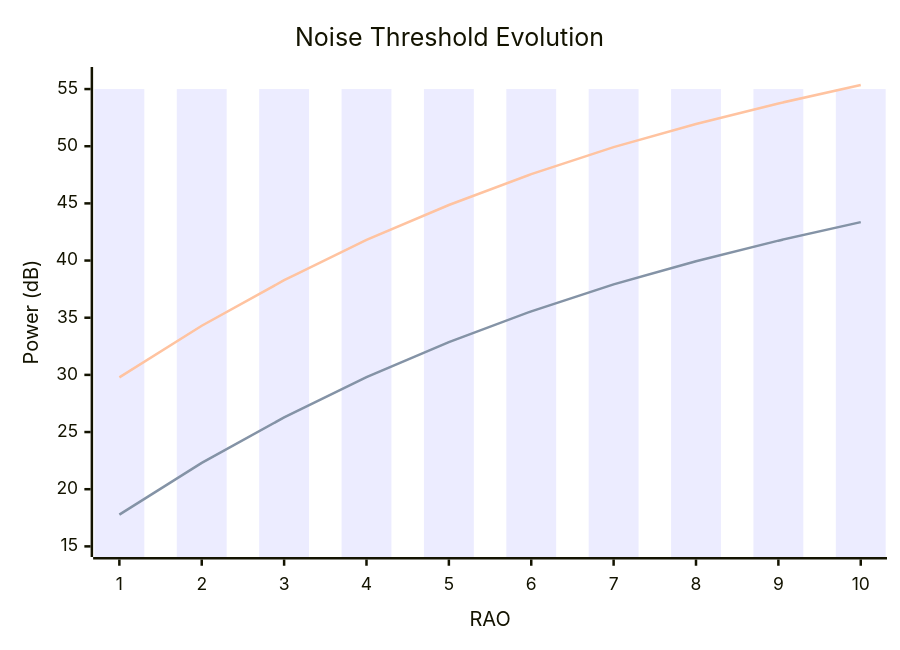
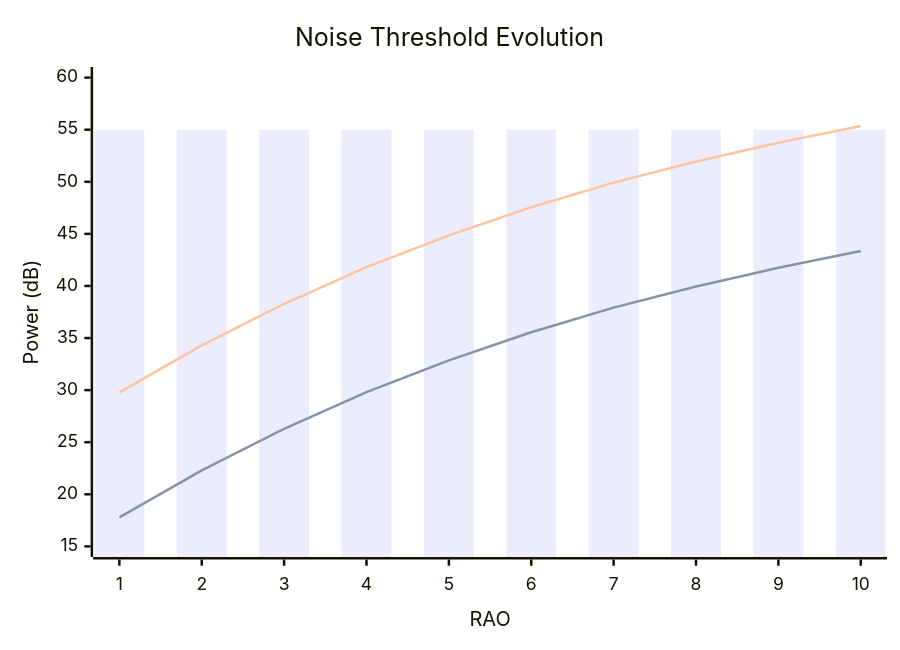
Before and after one commit to bmw-ece-ntust/wilfrid-prach-attack-analysis: the sixth of 8 diagrams in docs/20250310 Thesis (Basic Msg1 Model).md, drawn with Mermaid.

Commit message:
Update 20250310 Thesis (Basic Msg1 Model).md

````diff
--- a/docs/20250310 Thesis (Basic Msg1 Model).md
+++ b/docs/20250310 Thesis (Basic Msg1 Model).md
@@ -170,9 +170,9 @@
 ```mermaid
 xychart-beta
     title "Noise Threshold Evolution"
     x-axis RAO 1 --> 10
-    y-axis "Power (dB)" 15 --> 56
+    y-axis "Power (dB)" 15 --> 60
     bar [55, 55, 55, 55, 55, 55, 55, 55, 55, 55]
     line [17.78, 22.3, 26.28, 29.8, 32.86, 35.56, 37.92, 39.94, 41.74, 43.36]
     line [29.78, 34.3, 38.28, 41.8, 44.86, 47.56, 49.92, 51.94, 53.74, 55.36]
 ```
````
